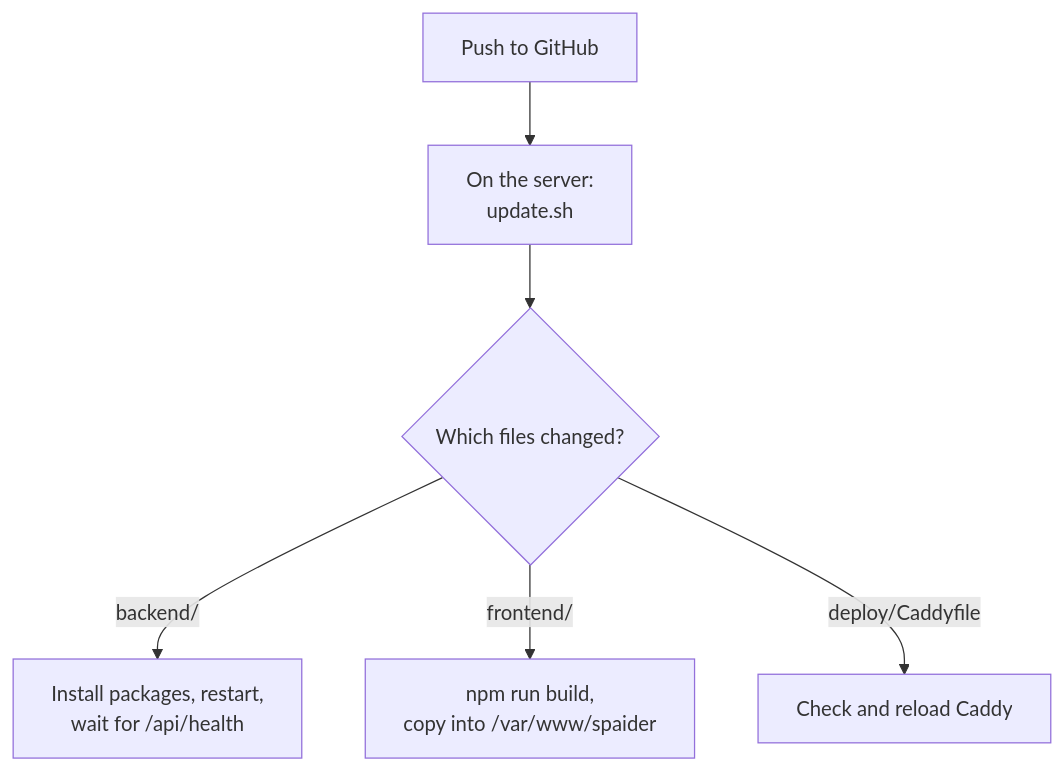
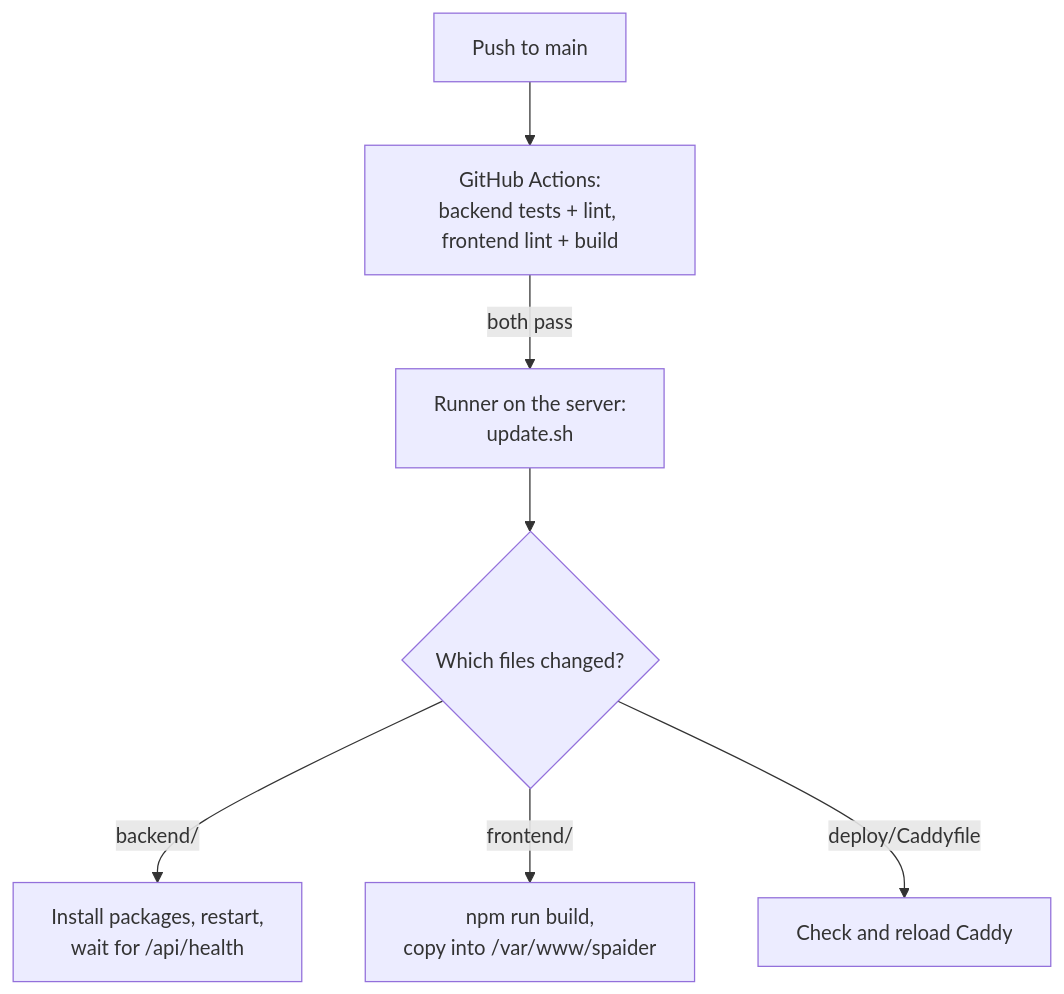
One commit to shreshthdeveloper/spaider changed the second of 2 diagrams in docs/DEPLOY.md. Above: the diagram before and after it, drawn with Mermaid. The commit also changed other lines of this file and 35 other files, not shown here.

Commit message:
Docs, tests and CI; auto-deploy through a GitHub runner on the server

````diff
--- a/docs/DEPLOY.md
+++ b/docs/DEPLOY.md
@@ -182,8 +185,9 @@
 ```mermaid
 flowchart TD
-    P[Push to GitHub] --> S["On the server:<br/>update.sh"]
+    P[Push to main] --> CI["GitHub Actions:<br/>backend tests + lint, frontend lint + build"]
+    CI -->|both pass| S["Runner on the server:<br/>update.sh"]
     S --> Q{Which files changed?}
     Q -->|"backend/"| B["Install packages, restart,<br/>wait for /api/health"]
     Q -->|"frontend/"| F["npm run build,<br/>copy into /var/www/spaider"]
     Q -->|"deploy/Caddyfile"| C[Check and reload Caddy]
 ```
````
